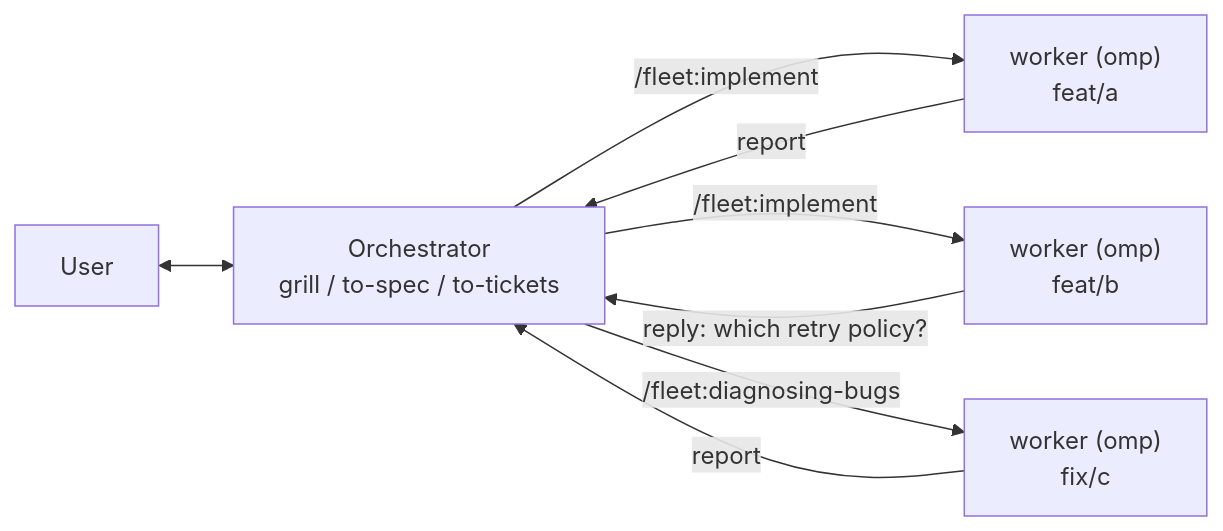
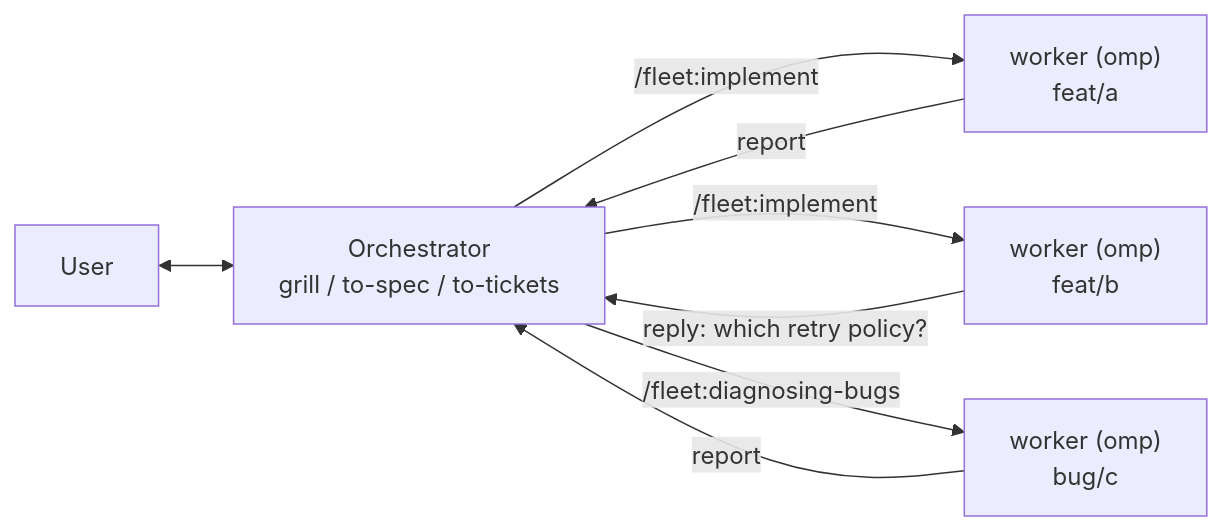
Before and after one commit to andyhite/foreman: the diagram in README.md, drawn with Mermaid. The commit also changed 4 other files, not shown here.

````diff
--- a/README.md
+++ b/README.md
@@ -49,10 +49,10 @@
 ```mermaid
 graph LR
   U[User] <--> B["Orchestrator<br/>grill / to-spec / to-tickets"]
   B -->|"/fleet:implement"| W1["worker (omp)<br/>feat/a"]
   B -->|"/fleet:implement"| W2["worker (omp)<br/>feat/b"]
-  B -->|"/fleet:diagnosing-bugs"| W3["worker (omp)<br/>fix/c"]
+  B -->|"/fleet:diagnosing-bugs"| W3["worker (omp)<br/>bug/c"]
   W1 -->|report| B
   W2 -->|"reply: which retry policy?"| B
   W3 -->|report| B
 ```
````
